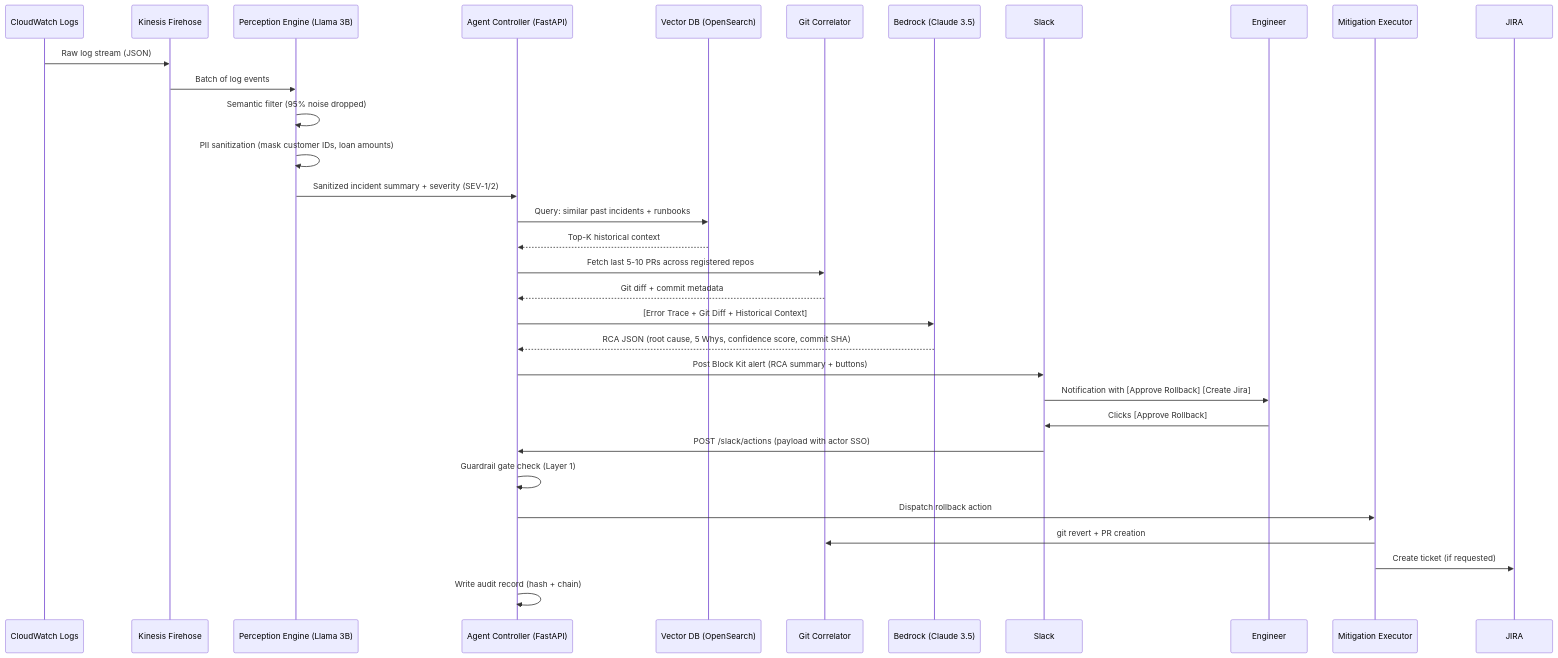
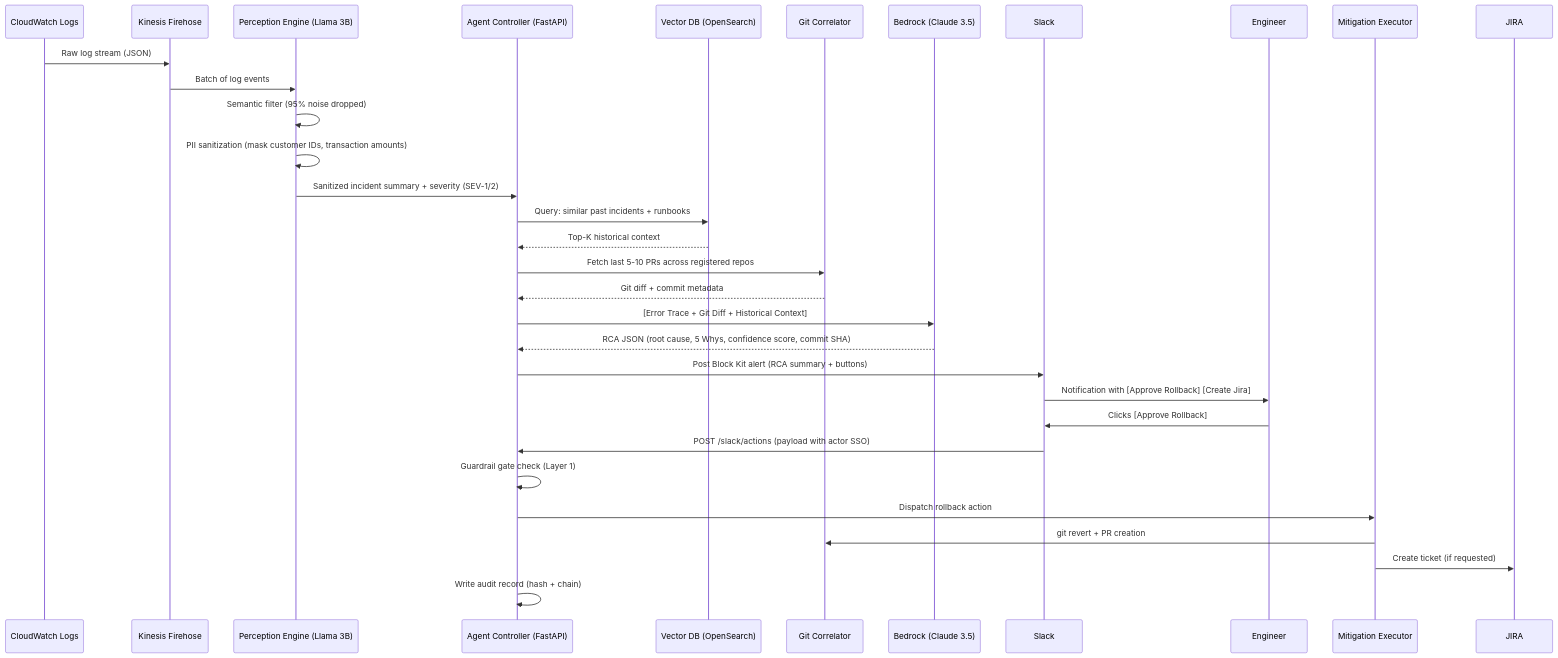
The second of 7 diagrams in sentinal_ops_tech_spec.md (man3r/sentinel-ops), drawn with Mermaid before and after one commit. The commit also changed other lines of this file and 4 other files, not shown here.

````diff
--- a/sentinal_ops_tech_spec.md
+++ b/sentinal_ops_tech_spec.md
@@ -126,41 +126,41 @@
 ```mermaid
 sequenceDiagram
     participant CW as CloudWatch Logs
     participant KF as Kinesis Firehose
     participant PE as Perception Engine (Llama 3B)
     participant AC as Agent Controller (FastAPI)
     participant VDB as Vector DB (OpenSearch)
     participant GIT as Git Correlator
     participant BED as Bedrock (Claude 3.5)
     participant SLACK as Slack
     participant ENG as Engineer
     participant EXEC as Mitigation Executor
 
     CW->>KF: Raw log stream (JSON)
     KF->>PE: Batch of log events
     PE->>PE: Semantic filter (95% noise dropped)
-    PE->>PE: PII sanitization (mask customer IDs, loan amounts)
+    PE->>PE: PII sanitization (mask customer IDs, transaction amounts)
     PE->>AC: Sanitized incident summary + severity (SEV-1/2)
 
     AC->>VDB: Query: similar past incidents + runbooks
     VDB-->>AC: Top-K historical context
 
     AC->>GIT: Fetch last 5-10 PRs across registered repos
     GIT-->>AC: Git diff + commit metadata
 
     AC->>BED: [Error Trace + Git Diff + Historical Context]
     BED-->>AC: RCA JSON (root cause, 5 Whys, confidence score, commit SHA)
 
     AC->>SLACK: Post Block Kit alert (RCA summary + buttons)
     SLACK->>ENG: Notification with [Approve Rollback] [Create Jira]
 
     ENG->>SLACK: Clicks [Approve Rollback]
     SLACK->>AC: POST /slack/actions (payload with actor SSO)
 
     AC->>AC: Guardrail gate check (Layer 1)
     AC->>EXEC: Dispatch rollback action
     EXEC->>GIT: git revert + PR creation
     EXEC->>JIRA: Create ticket (if requested)
 
     AC->>AC: Write audit record (hash + chain)
 ```
````
